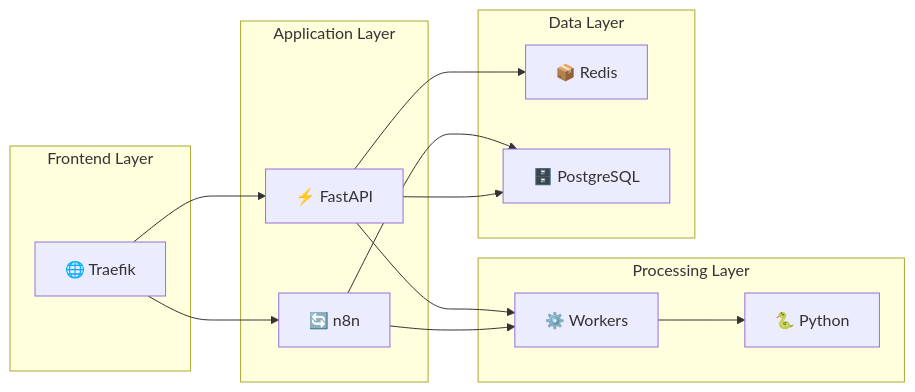
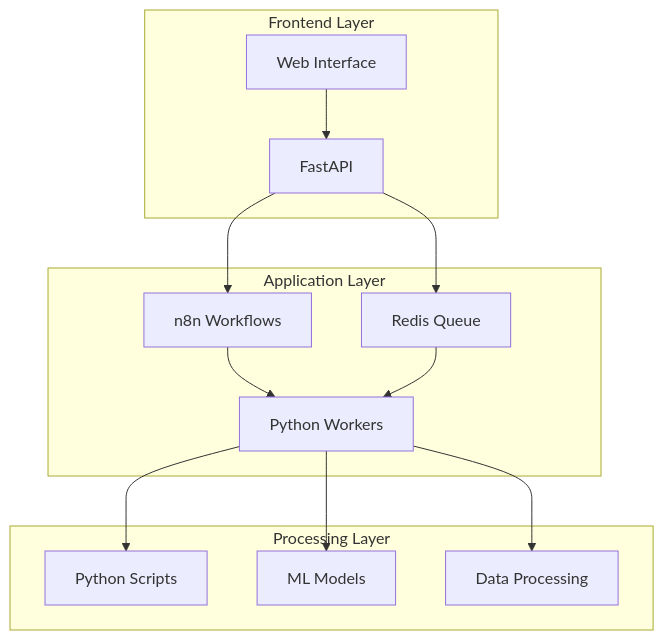
Before and after one commit to Flissel/unity-ai-platform-clean: the third of 5 diagrams in docs/architecture-simple.md, drawn with Mermaid. The commit also changed other lines of this file and 95 other files, not shown here.

````diff
--- a/docs/architecture-simple.md
+++ b/docs/architecture-simple.md
@@ -42,30 +133,28 @@
 ```mermaid
-graph LR
+graph TB
     subgraph "Frontend Layer"
-        A[🌐 Traefik]
+        UI[Web Interface]
+        API[FastAPI]
     end
     
     subgraph "Application Layer"
-        B[⚡ FastAPI]
-        C[🔄 n8n]
+        N8N[n8n Workflows]
+        Worker[Python Workers]
+        Queue[Redis Queue]
     end
     
     subgraph "Processing Layer"
-        D[⚙️ Workers]
-        E[🐍 Python]
+        Scripts[Python Scripts]
+        ML[ML Models]
+        Data[Data Processing]
     end
     
-    subgraph "Data Layer"
-        F[📦 Redis]
-        G[🗄️ PostgreSQL]
-    end
-    
-    A --> B
-    A --> C
-    B --> D
-    C --> D
-    D --> E
-    B --> F
-    C --> G
-    B --> G
+    UI --> API
+    API --> N8N
+    API --> Queue
+    N8N --> Worker
+    Queue --> Worker
+    Worker --> Scripts
+    Worker --> ML
+    Worker --> Data
 ```
````
